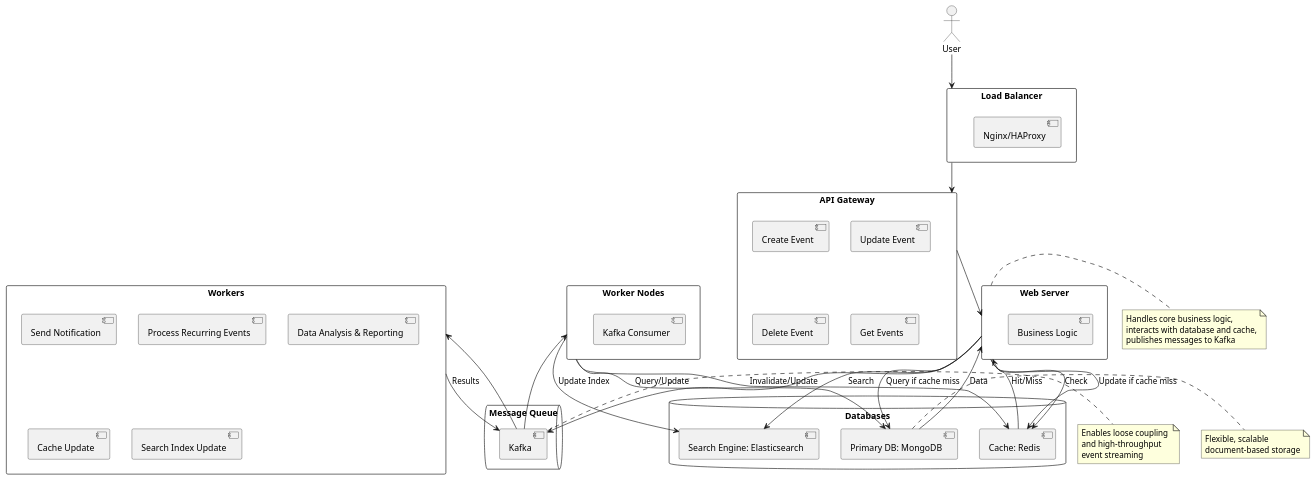
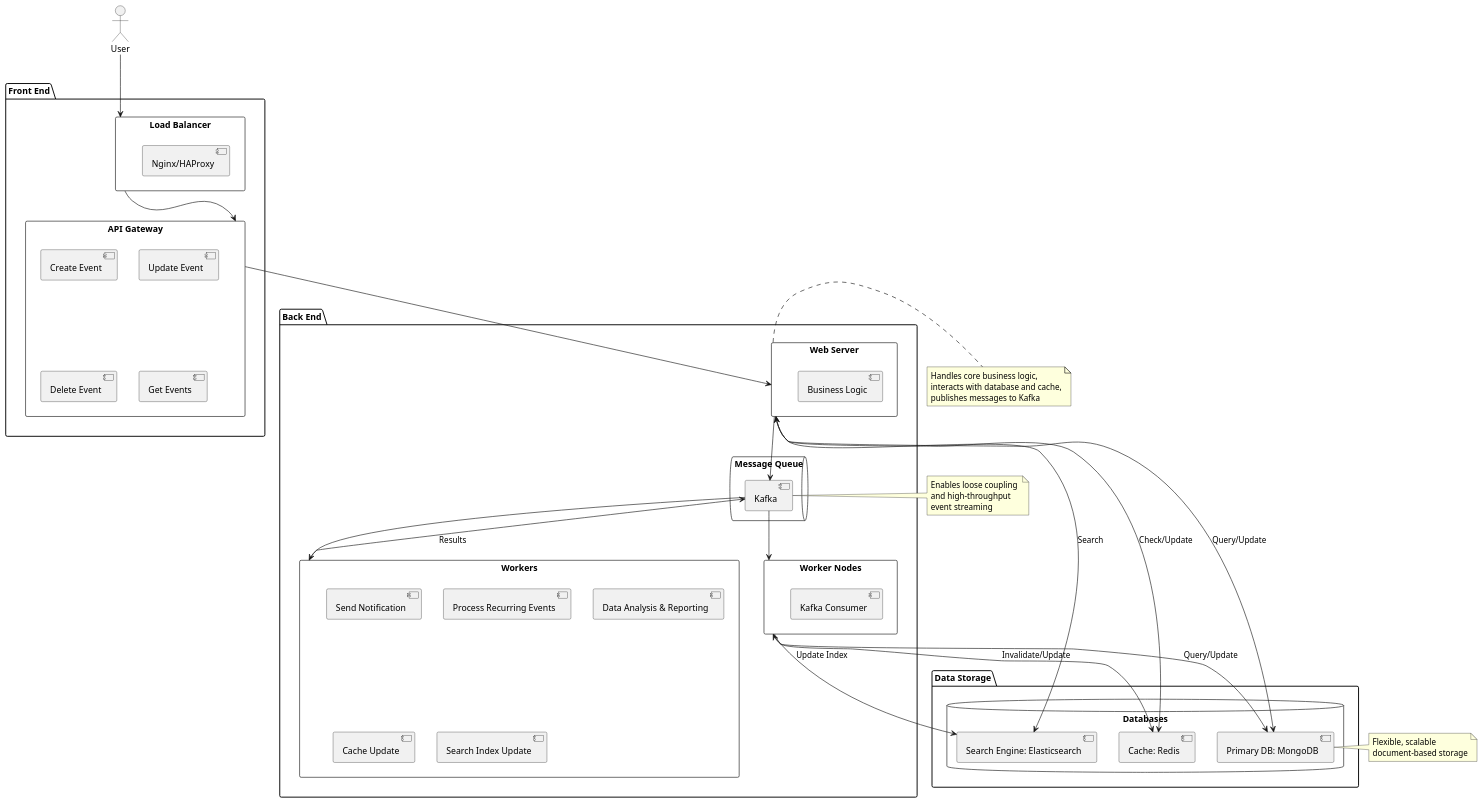
One commit to huangyingw/system_design changed the diagram in high_traffic_calendar/high_traffic_calendar_backend_overview.puml. Above: the diagram before and after it, drawn with PlantUML.

```diff
--- a/high_traffic_calendar/high_traffic_calendar_backend_overview.puml
+++ b/high_traffic_calendar/high_traffic_calendar_backend_overview.puml
@@ -1,81 +1,79 @@
 @startuml
-
 actor User
 
-rectangle "API Gateway" {
-  [Create Event]
-  [Update Event]
-  [Delete Event]
-  [Get Events]
+package "Front End" {
+  rectangle "Load Balancer" {
+    [Nginx/HAProxy]
+  }
+  rectangle "API Gateway" {
+    [Create Event]
+    [Update Event]
+    [Delete Event]
+    [Get Events]
+  }
 }
 
-rectangle "Web Server" {
-  [Business Logic]
+package "Back End" {
+  rectangle "Web Server" {
+    [Business Logic]
+  }
+  
+  queue "Message Queue" {
+    [Kafka]
+  }
+  
+  rectangle "Workers" {
+    [Send Notification]
+    [Process Recurring Events]
+    [Data Analysis & Reporting]
+    [Cache Update]
+    [Search Index Update]
+  }
+  
+  rectangle "Worker Nodes" {
+    [Kafka Consumer]
+  }
 }
 
-queue "Message Queue" {
-  [Kafka]
+package "Data Storage" {
+  database "Databases" {
+    [Primary DB: MongoDB]
+    [Cache: Redis]
+    [Search Engine: Elasticsearch]
+  }
 }
 
-rectangle "Workers" {
-  [Send Notification]
-  [Process Recurring Events]
-  [Data Analysis & Reporting]
-  [Cache Update]
-  [Search Index Update]
-}
-
-database "Databases" {
-  [Primary DB: MongoDB]
-  [Cache: Redis]
-  [Search Engine: Elasticsearch]
-}
-
-rectangle "Load Balancer" {
-  [Nginx/HAProxy]
-}
-
-rectangle "Worker Nodes" {
-  [Kafka Consumer]
-}
-
-User --> [Load Balancer]
-[Load Balancer] --> "API Gateway"
+User --> "Load Balancer"
+"Load Balancer" --> "API Gateway"
 "API Gateway" --> "Web Server"
 
 "Web Server" --> [Kafka]
 [Kafka] --> "Workers"
 "Workers" --> [Kafka]: Results
 
-"Web Server" --> [Cache: Redis]: Check
-[Cache: Redis] --> "Web Server": Hit/Miss
-
-"Web Server" --> [Primary DB: MongoDB]: Query if cache miss
-[Primary DB: MongoDB] --> "Web Server": Data
-"Web Server" --> [Cache: Redis]: Update if cache miss
-
+"Web Server" <--> [Cache: Redis]: Check/Update
+"Web Server" <--> [Primary DB: MongoDB]: Query/Update
 "Web Server" --> [Search Engine: Elasticsearch]: Search
 
 [Kafka] --> "Worker Nodes"
-"Worker Nodes" --> [Primary DB: MongoDB]: Query/Update
+"Worker Nodes" <--> [Primary DB: MongoDB]: Query/Update
 "Worker Nodes" --> [Cache: Redis]: Invalidate/Update
 "Worker Nodes" --> [Search Engine: Elasticsearch]: Update Index
 
 note right of "Web Server"
   Handles core business logic,
   interacts with database and cache,
   publishes messages to Kafka
 end note
 
 note right of [Kafka]
   Enables loose coupling 
   and high-throughput 
   event streaming
 end note
 
 note right of [Primary DB: MongoDB]
   Flexible, scalable
   document-based storage
 end note
-
 @enduml
```
